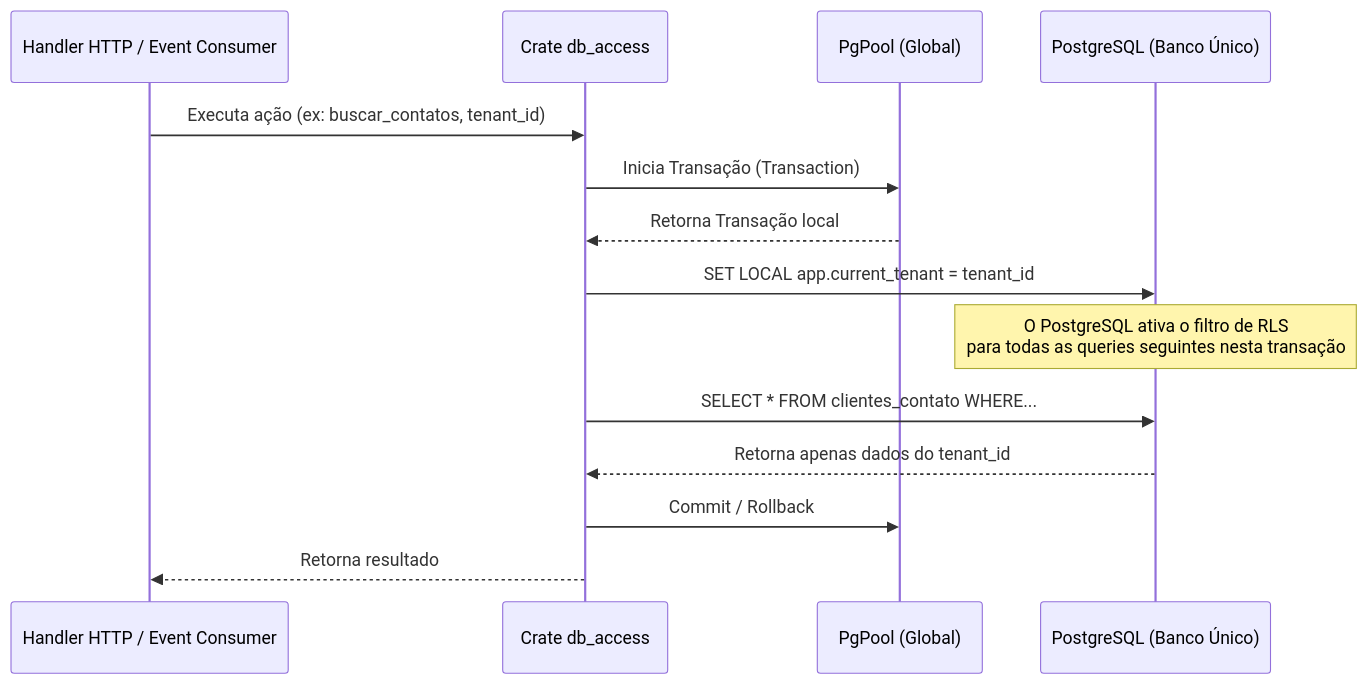
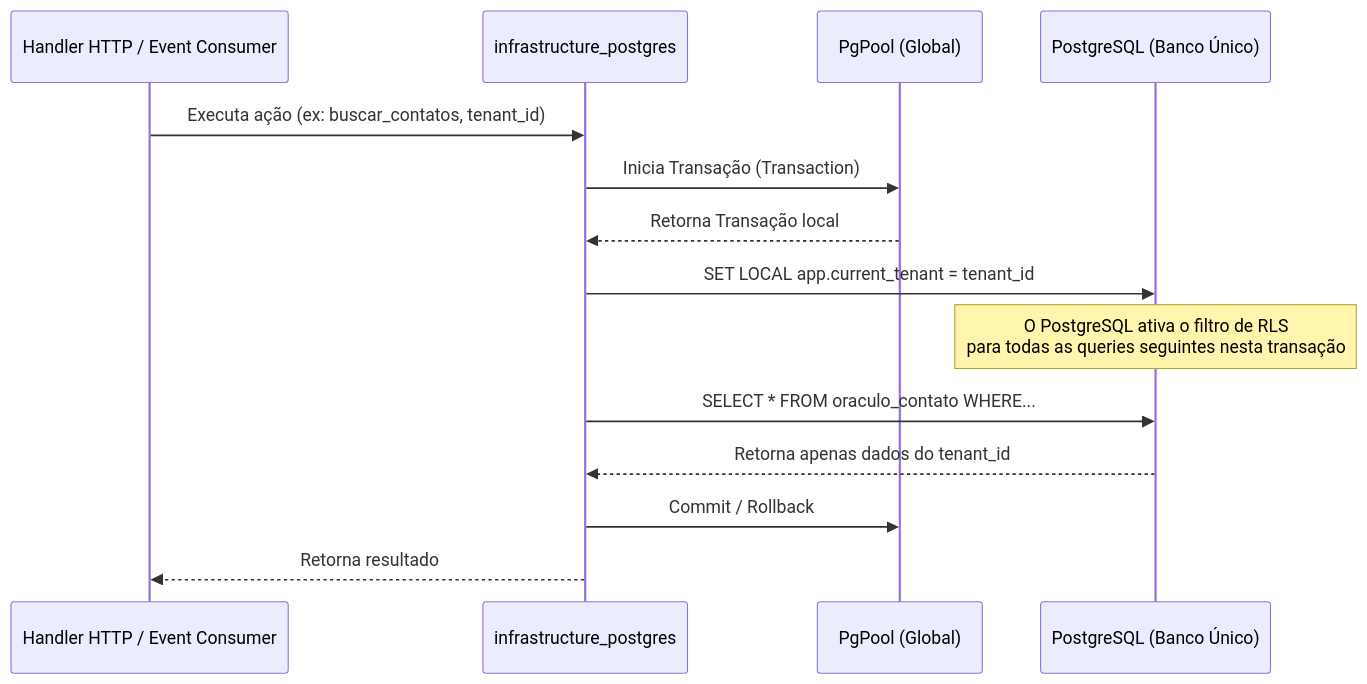
Before and after one commit to pwlimaverde/smart-core-assistant-v2: the diagram in smart-agent-config/doc_dev/modelagem_dados/estrategia_implementacao_rust.md, drawn with Mermaid. The commit also changed other lines of this file and 6 other files, not shown here.

````diff
--- a/smart-agent-config/doc_dev/modelagem_dados/estrategia_implementacao_rust.md
+++ b/smart-agent-config/doc_dev/modelagem_dados/estrategia_implementacao_rust.md
@@ -31,17 +32,17 @@
 ```mermaid
 sequenceDiagram
     participant App as Handler HTTP / Event Consumer
-    participant DB as Crate db_access
+    participant DB as infrastructure_postgres
     participant Pool as PgPool (Global)
     participant PG as PostgreSQL (Banco Único)
 
     App->>DB: Executa ação (ex: buscar_contatos, tenant_id)
     DB->>Pool: Inicia Transação (Transaction)
     Pool-->>DB: Retorna Transação local
     DB->>PG: SET LOCAL app.current_tenant = tenant_id
     Note over PG: O PostgreSQL ativa o filtro de RLS<br/>para todas as queries seguintes nesta transação
-    DB->>PG: SELECT * FROM clientes_contato WHERE...
+    DB->>PG: SELECT * FROM oraculo_contato WHERE...
     PG-->>DB: Retorna apenas dados do tenant_id
     DB->>Pool: Commit / Rollback
     DB-->>App: Retorna resultado
 ```
````
